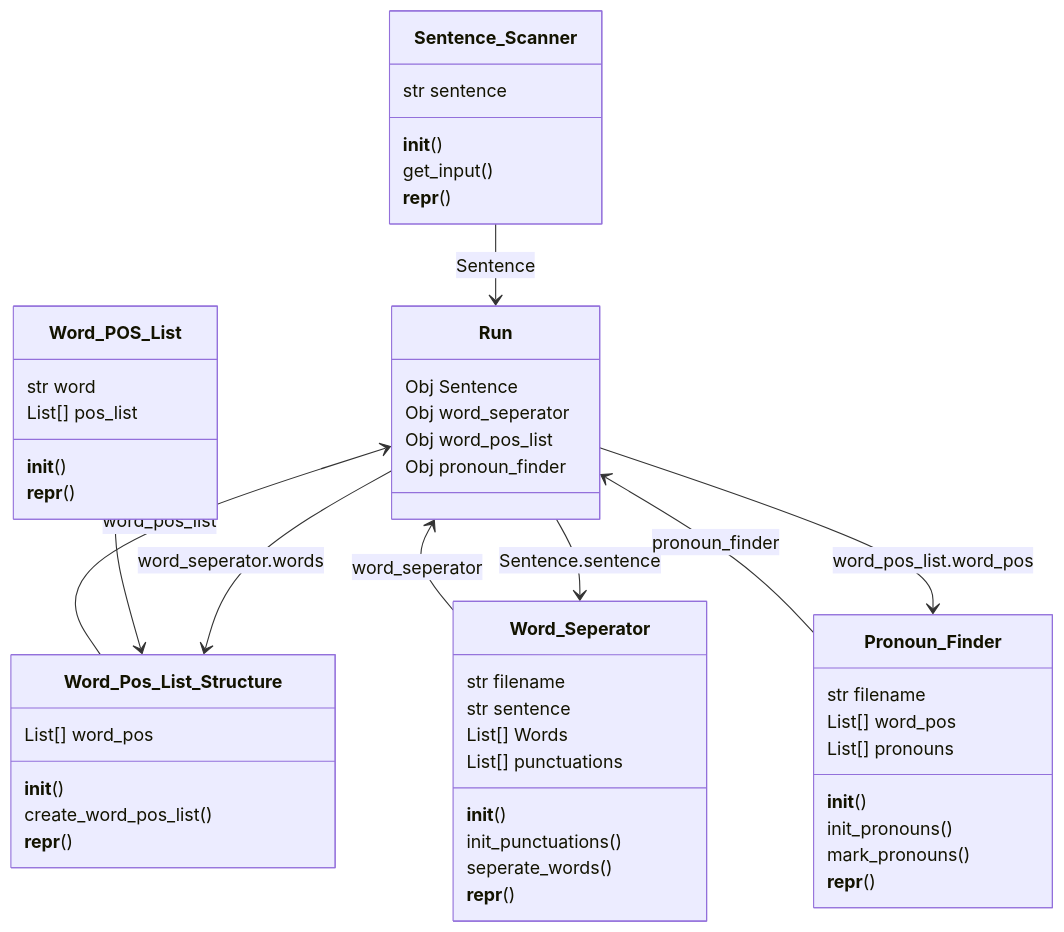
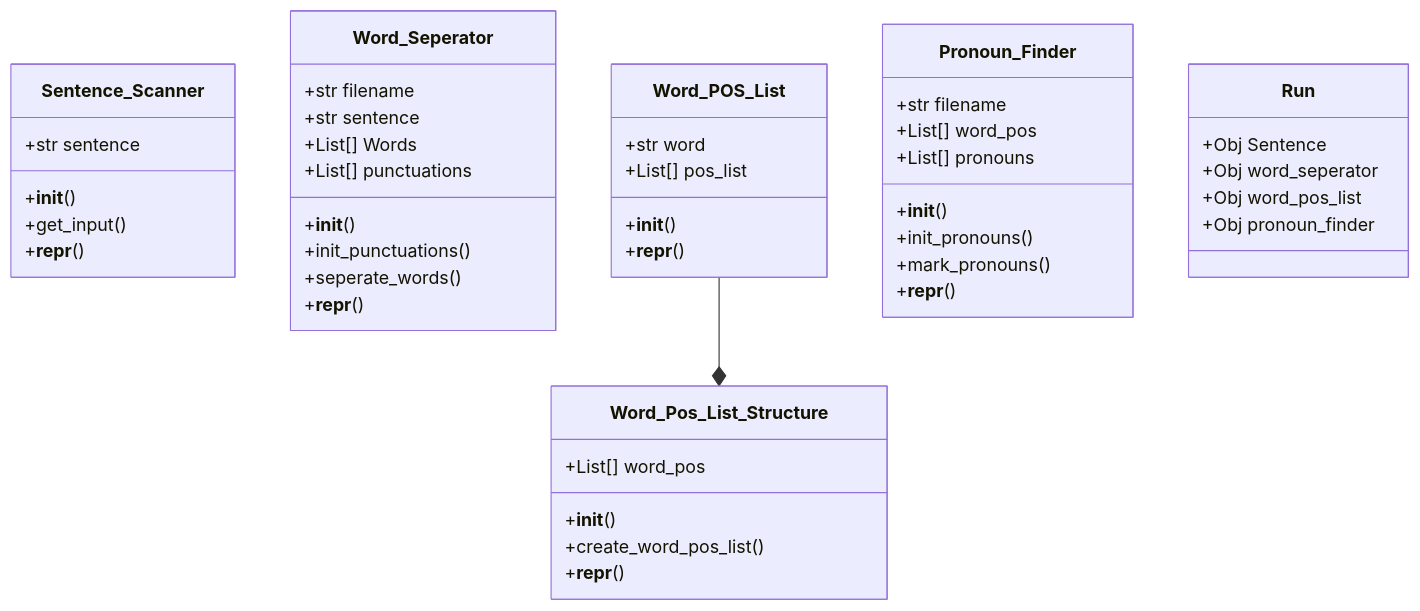
Before and after one commit to masnm/POS-tagging: the diagram in src/README.md, drawn with Mermaid. The commit also changed other lines of this file, not shown here.

Commit message:
Updated Class Diagram

````diff
--- a/src/README.md
+++ b/src/README.md
@@ -3,56 +4,49 @@
 ```mermaid
 classDiagram
 	class Sentence_Scanner {
-		str sentence
-		__init__ ()
-		get_input ()
-		__repr__ ()
+		+str sentence
+		+__init__ ()
+		+get_input ()
+		+__repr__ ()
 	}
 	class Word_Seperator {
-		str filename
-		str sentence
-		List[] Words
-		List[] punctuations
-		__init__ ()
-		init_punctuations ()
-		seperate_words ()
-		__repr__ ()
+		+str filename
+		+str sentence
+		+List[] Words
+		+List[] punctuations
+		+__init__ ()
+		+init_punctuations ()
+		+seperate_words ()
+		+__repr__ ()
 	}
 	class Word_POS_List {
-		str word
-		List[] pos_list
-		__init__ ()
-		__repr__ ()
+		+str word
+		+List[] pos_list
+		+__init__ ()
+		+__repr__ ()
 	}
 	class Word_Pos_List_Structure {
-		List[] word_pos
-		__init__ ()
-		create_word_pos_list ()
-		__repr__ ()
+		+List[] word_pos
+		+__init__ ()
+		+create_word_pos_list ()
+		+__repr__ ()
 	}
 	class Pronoun_Finder {
-		str filename
-		List[] word_pos
-		List[] pronouns
-		__init__ ()
-		init_pronouns ()
-		mark_pronouns ()
-		__repr__ ()
+		+str filename
+		+List[] word_pos
+		+List[] pronouns
+		+__init__ ()
+		+init_pronouns ()
+		+mark_pronouns ()
+		+__repr__ ()
 	}
 
-	Sentence_Scanner --> Run : Sentence
-	Run --> Word_Seperator : Sentence.sentence
-	Word_Seperator --> Run : word_seperator
-	Run --> Word_Pos_List_Structure : word_seperator.words
-	Word_POS_List --> Word_Pos_List_Structure
-	Word_Pos_List_Structure --> Run : word_pos_list
-	Run --> Pronoun_Finder : word_pos_list.word_pos
-	Pronoun_Finder --> Run : pronoun_finder
+	Word_POS_List --* Word_Pos_List_Structure
 
 	class Run {
-		Obj Sentence
-		Obj word_seperator
-		Obj word_pos_list
-		Obj pronoun_finder
+		+Obj Sentence
+		+Obj word_seperator
+		+Obj word_pos_list
+		+Obj pronoun_finder
 	}
 ```
````
